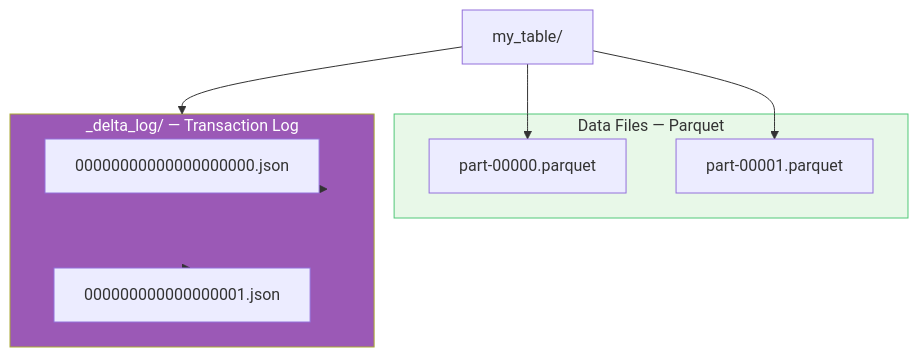
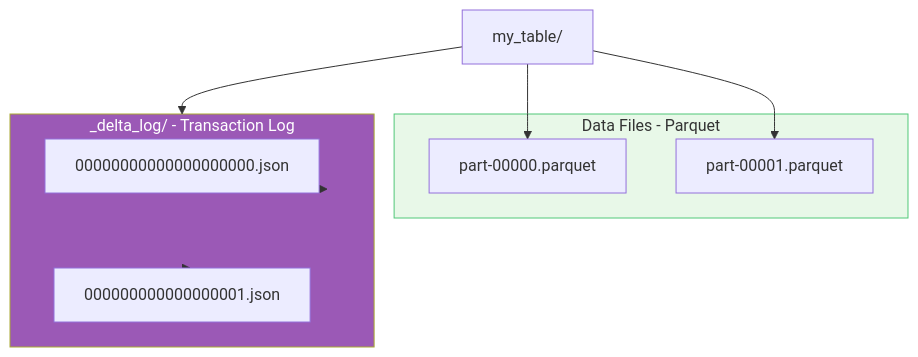
The fourth of 8 diagrams in data-architecture/data-lakehouse.md (adnanrahin/adnanrahin.github.io), drawn with Mermaid before and after one commit. The commit also changed other lines of this file and 14 other files, not shown here.

Commit message:
updated the flowchart

````diff
--- a/data-architecture/data-lakehouse.md
+++ b/data-architecture/data-lakehouse.md
@@ -158,23 +158,23 @@
 ```mermaid
 flowchart TD
     ROOT["my_table/"]
 
-    subgraph Data["Data Files — Parquet"]
+    subgraph Data["Data Files - Parquet"]
         P1["part-00000.parquet"]
         P2["part-00001.parquet"]
     end
 
-    subgraph Log["_delta_log/ — Transaction Log"]
+    subgraph Log["_delta_log/ - Transaction Log"]
         J1["00000000000000000000.json"]
         J2["000000000000000001.json"]
     end
 
     ROOT --> P1
     ROOT --> P2
     ROOT --> Log
     Log --> J1
     Log --> J2
 
     style Log fill:#9B59B6,color:#fff
     style Data fill:#E8F8E8,stroke:#50C878
 ```
````
